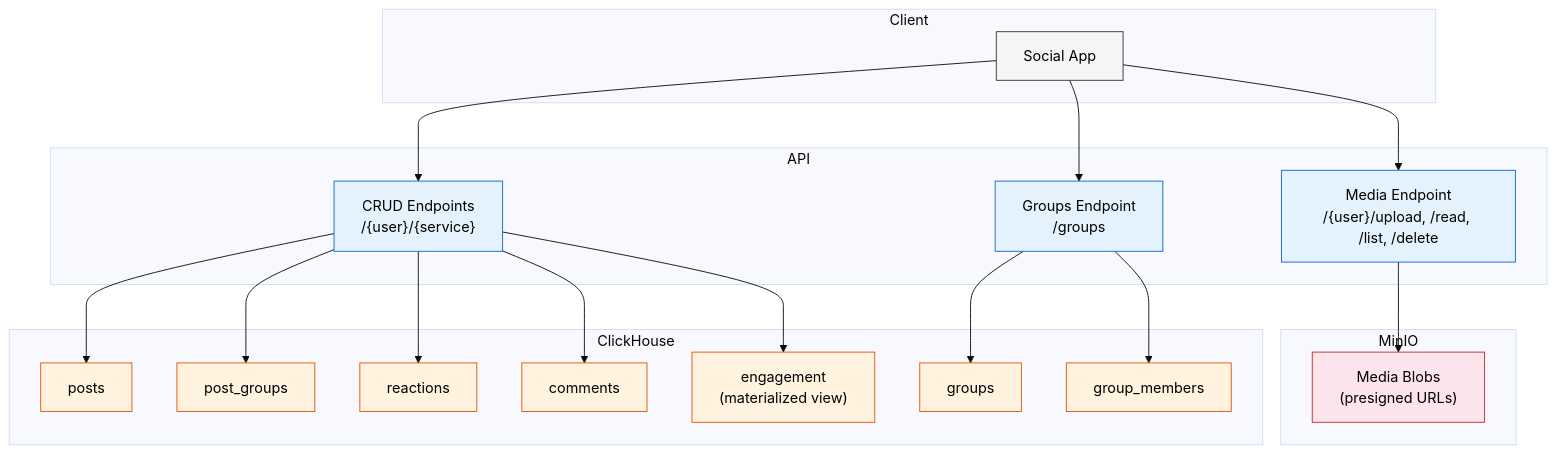
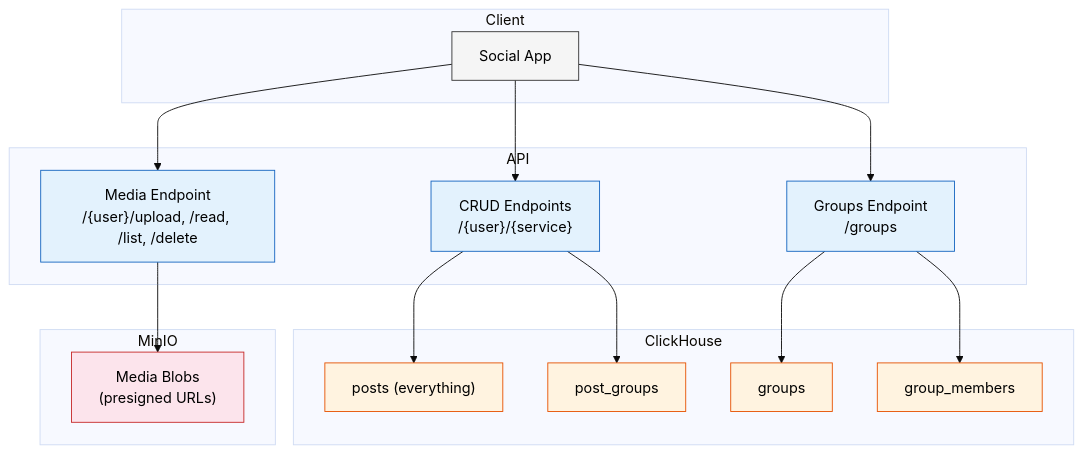
The first of 7 diagrams in knowledge/knowledge-base/web10-v3/overview.md (jacoby149/web10), drawn with Mermaid (base theme) before and after one commit. The commit also changed other lines of this file and 17 other files, not shown here.

Commit message:
docs: v3 contract schemas, tombstone cleanup, real-time feeds, skeptical points, social v3 screens

````diff
--- a/knowledge/knowledge-base/web10-v3/overview.md
+++ b/knowledge/knowledge-base/web10-v3/overview.md
@@ -24,51 +24,42 @@
 ```mermaid
 graph TB
     subgraph Client
         App["Social App"]
     end
 
     subgraph API
         CRUD["CRUD Endpoints\n/{user}/{service}"]
         Groups["Groups Endpoint\n/groups"]
         Media["Media Endpoint\n/{user}/upload, /read, /list, /delete"]
     end
 
     subgraph ClickHouse
-        Posts["posts"]
+        Posts["posts (everything)"]
         PostGroups["post_groups"]
-        Reactions["reactions"]
-        Comments["comments"]
         GroupsTable["groups"]
         GroupMembers["group_members"]
-        Engagement["engagement\n(materialized view)"]
     end
 
     subgraph MinIO
         Blobs["Media Blobs\n(presigned URLs)"]
     end
 
     App --> CRUD
     App --> Groups
     App --> Media
     CRUD --> Posts
     CRUD --> PostGroups
-    CRUD --> Reactions
-    CRUD --> Comments
-    CRUD --> Engagement
     Groups --> GroupsTable
     Groups --> GroupMembers
     Media --> Blobs
 
     style App fill:#f5f5f5,stroke:#333,color:#000
     style CRUD fill:#e3f2fd,stroke:#1565c0,color:#000
     style Groups fill:#e3f2fd,stroke:#1565c0,color:#000
     style Media fill:#e3f2fd,stroke:#1565c0,color:#000
     style Posts fill:#fff3e0,stroke:#e65100,color:#000
     style PostGroups fill:#fff3e0,stroke:#e65100,color:#000
-    style Reactions fill:#fff3e0,stroke:#e65100,color:#000
-    style Comments fill:#fff3e0,stroke:#e65100,color:#000
     style GroupsTable fill:#fff3e0,stroke:#e65100,color:#000
     style GroupMembers fill:#fff3e0,stroke:#e65100,color:#000
-    style Engagement fill:#fff3e0,stroke:#e65100,color:#000
     style Blobs fill:#fce4ec,stroke:#c62828,color:#000
 ```
````
